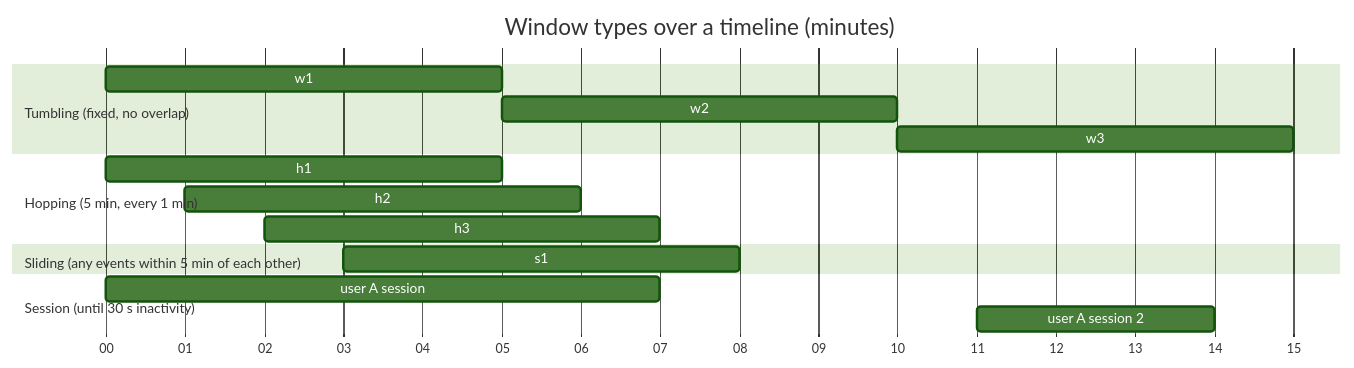
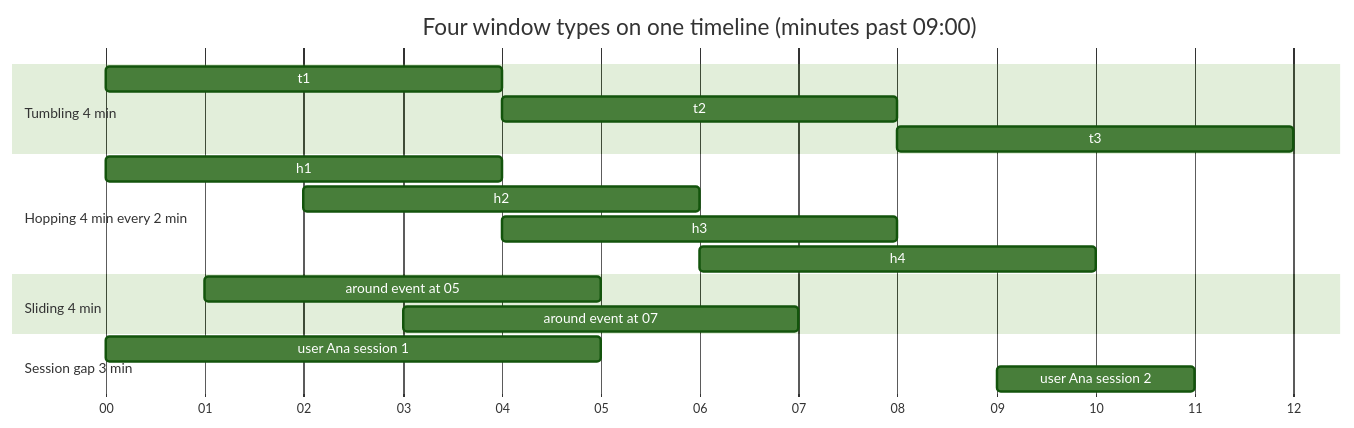
One commit to pratikguru998/ddia-book changed diagram 20 of 29 in docs/chapters/part-3/11-stream-processing.mdx. Above: the diagram before and after it, drawn with Mermaid (forest theme). The commit also changed other lines of this file and 13 other files, not shown here.

Commit message:
Expand all 12 chapters: every book subsection, deeper notes, ~320 diagrams

````diff
--- a/docs/chapters/part-3/11-stream-processing.mdx
+++ b/docs/chapters/part-3/11-stream-processing.mdx
@@ -165,19 +918,21 @@
 ```mermaid
 gantt
-  title Window types over a timeline (minutes)
+  title Four window types on one timeline (minutes past 09:00)
   dateFormat mm
   axisFormat %M
-  section Tumbling (fixed, no overlap)
-  w1 :00, 5m
-  w2 :05, 5m
-  w3 :10, 5m
-  section Hopping (5 min, every 1 min)
-  h1 :00, 5m
-  h2 :01, 5m
-  h3 :02, 5m
-  section Sliding (any events within 5 min of each other)
-  s1 :03, 5m
-  section Session (until 30 s inactivity)
-  user A session :00, 7m
-  user A session 2 :11, 3m
+  section Tumbling 4 min
+  t1 :00, 4m
+  t2 :04, 4m
+  t3 :08, 4m
+  section Hopping 4 min every 2 min
+  h1 :00, 4m
+  h2 :02, 4m
+  h3 :04, 4m
+  h4 :06, 4m
+  section Sliding 4 min
+  around event at 05 :01, 4m
+  around event at 07 :03, 4m
+  section Session gap 3 min
+  user Ana session 1 :00, 5m
+  user Ana session 2 :09, 2m
 ```
````
